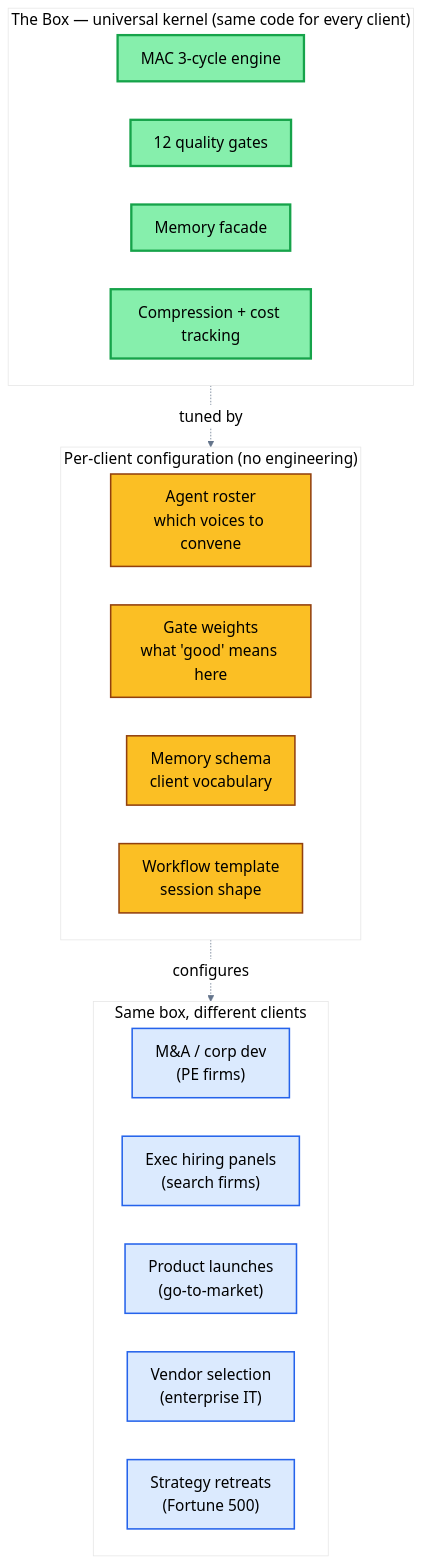
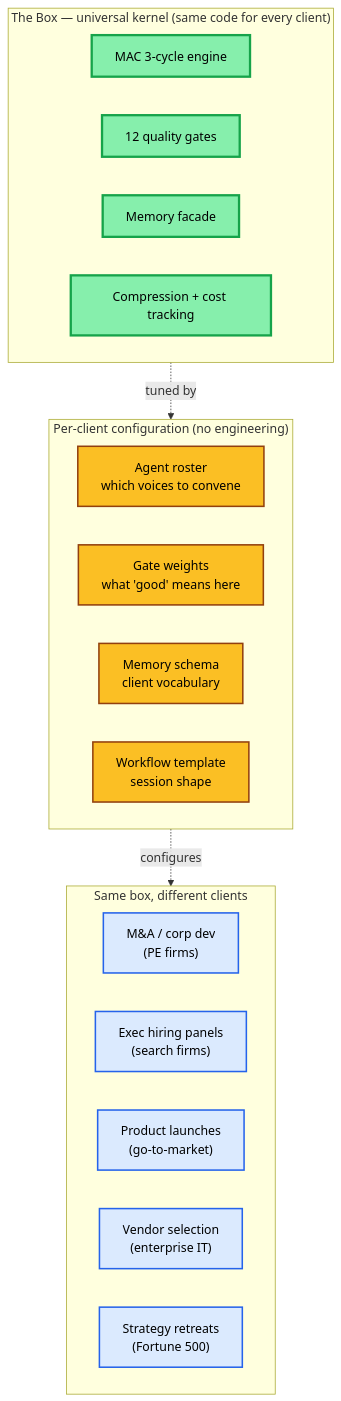
The seventh of 13 diagrams in docs/architecture-diagrams.md (verdaca/VERDACA), drawn with Mermaid before and after one commit. The commit also changed other lines of this file, not shown here.

First line of the commit message:
docs: Diagram 8 cleanup + font sizing per new rule

````diff
--- a/docs/architecture-diagrams.md
+++ b/docs/architecture-diagrams.md
@@ -223,35 +223,35 @@
 ```mermaid
-%%{init: {'theme': 'base', 'themeVariables': {'fontSize': '20px', 'primaryColor': '#fff', 'primaryTextColor': '#000', 'lineColor': '#64748b', 'nodeBorder': '#000'}}}%%
+%%{init: {'themeVariables': {'fontSize': '16px'}}}%%
 flowchart TB
     subgraph CORE["The Box — universal kernel (same code for every client)"]
         direction LR
         K1["MAC 3-cycle engine"]:::core
         K2["12 quality gates"]:::core
         K3["Memory facade"]:::core
         K4["Compression + cost tracking"]:::core
     end
 
     subgraph TUNING["Per-client configuration (no engineering)"]
         direction LR
         C1["Agent roster<br/>which voices to convene"]:::tune
         C2["Gate weights<br/>what 'good' means here"]:::tune
         C3["Memory schema<br/>client vocabulary"]:::tune
         C4["Workflow template<br/>session shape"]:::tune
     end
 
     subgraph VERTICALS["Same box, different clients"]
         direction LR
         V1["M&A / corp dev<br/>(PE firms)"]:::vert
         V2["Exec hiring panels<br/>(search firms)"]:::vert
         V3["Product launches<br/>(go-to-market)"]:::vert
         V4["Vendor selection<br/>(enterprise IT)"]:::vert
         V5["Strategy retreats<br/>(Fortune 500)"]:::vert
     end
 
     CORE -.tuned by.-> TUNING
     TUNING -.configures.-> VERTICALS
 
     classDef core fill:#86efac,stroke:#16a34a,stroke-width:3px,color:#000
     classDef tune fill:#fbbf24,stroke:#92400e,stroke-width:2px,color:#000
     classDef vert fill:#dbeafe,stroke:#2563eb,stroke-width:2px,color:#000
 ```
````
